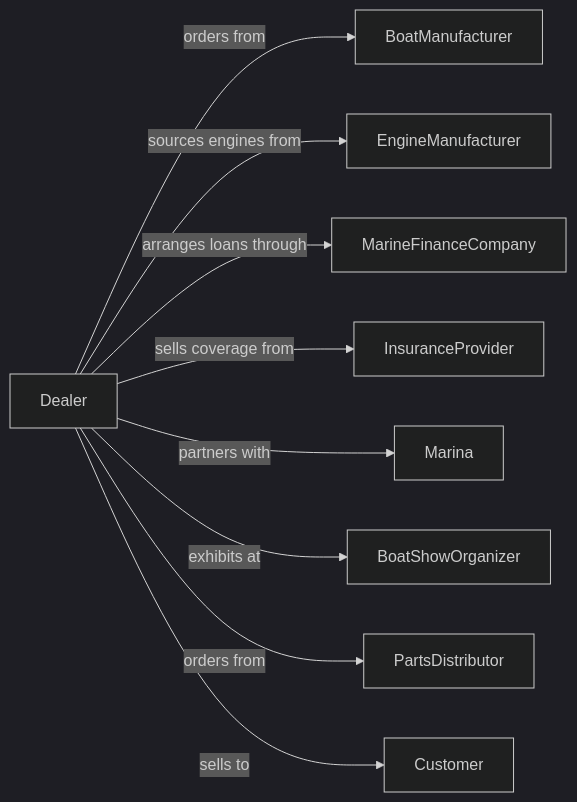
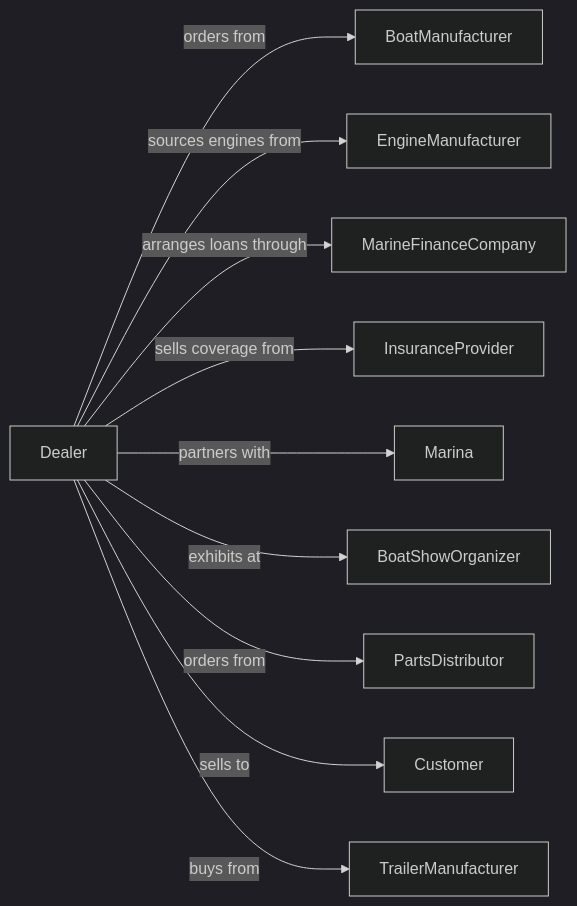
One commit to dot-org-ai/industries.org.ai changed the second of 2 diagrams in RetailTrade/MotorVehicleAndPartsDealers/OtherMotorVehicleDealers/BoatDealers.mdx. Above: the diagram before and after it, drawn with Mermaid (dark theme). The commit also changed 588 other files, not shown here.

````diff
--- a/RetailTrade/MotorVehicleAndPartsDealers/OtherMotorVehicleDealers/BoatDealers.mdx
+++ b/RetailTrade/MotorVehicleAndPartsDealers/OtherMotorVehicleDealers/BoatDealers.mdx
@@ -138,13 +138,14 @@
 ```mermaid
 graph LR
     D[Dealer]
 
     D -->|orders from| BoatManufacturer
     D -->|sources engines from| EngineManufacturer
     D -->|arranges loans through| MarineFinanceCompany
     D -->|sells coverage from| InsuranceProvider
     D -->|partners with| Marina
     D -->|exhibits at| BoatShowOrganizer
     D -->|orders from| PartsDistributor
     D -->|sells to| Customer
+    D -->|buys from| TrailerManufacturer
 ```
````
